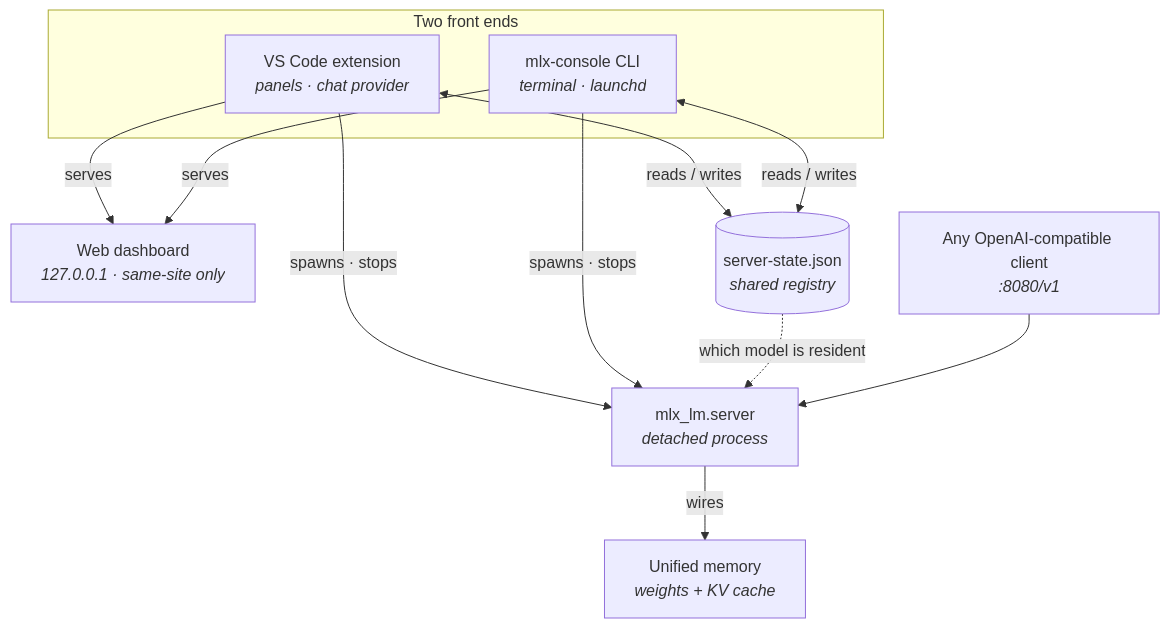
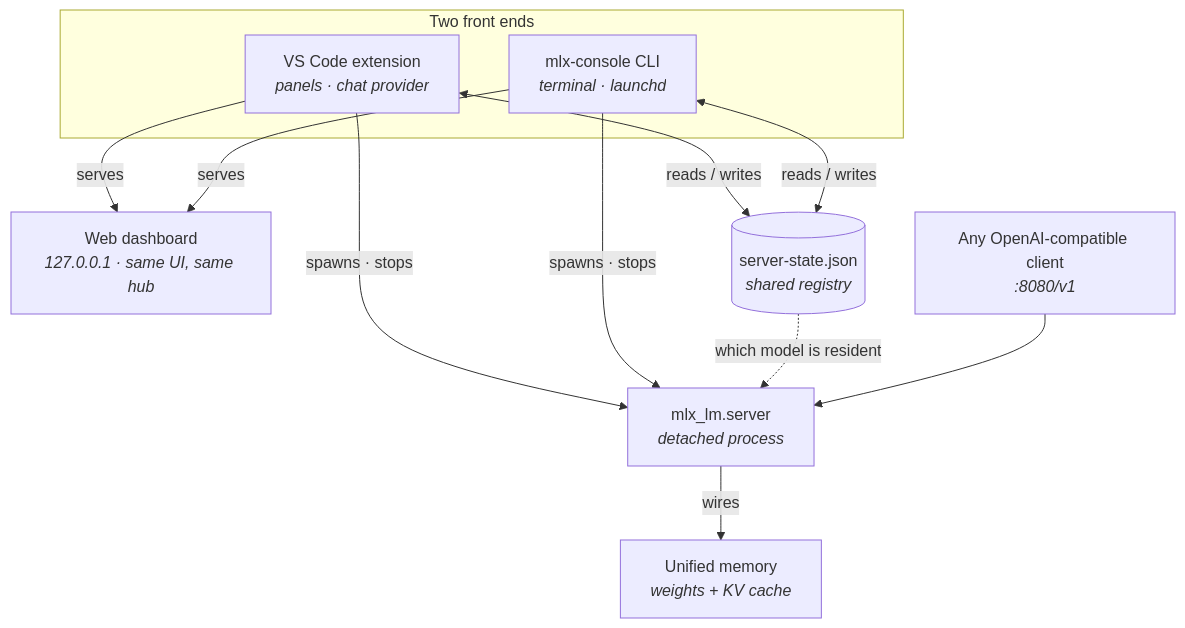
One commit to bengurion/mlx-console-gui changed the first of 3 diagrams in README.md. Above: the diagram before and after it, drawn with Mermaid. The commit also changed other lines of this file and 7 other files, not shown here.

````diff
--- a/README.md
+++ b/README.md
@@ -35,23 +35,23 @@
 ```mermaid
 flowchart TB
     subgraph hosts["Two front ends"]
         VSC["VS Code extension<br/><i>panels · chat provider</i>"]
         CLI["mlx-console CLI<br/><i>terminal · launchd</i>"]
     end
 
-    DASH["Web dashboard<br/><i>127.0.0.1 · same-site only</i>"]
+    DASH["Web dashboard<br/><i>127.0.0.1 · same UI, same hub</i>"]
     REG[("server-state.json<br/><i>shared registry</i>")]
     SRV["mlx_lm.server<br/><i>detached process</i>"]
     GPU["Unified memory<br/><i>weights + KV cache</i>"]
 
     VSC -->|serves| DASH
     CLI -->|serves| DASH
     VSC <-->|"reads / writes"| REG
     CLI <-->|"reads / writes"| REG
     VSC -->|spawns · stops| SRV
     CLI -->|spawns · stops| SRV
     REG -.->|"which model is resident"| SRV
     SRV -->|wires| GPU
 
     CLIENTS["Any OpenAI-compatible client<br/><i>:8080/v1</i>"] --> SRV
 ```
````
